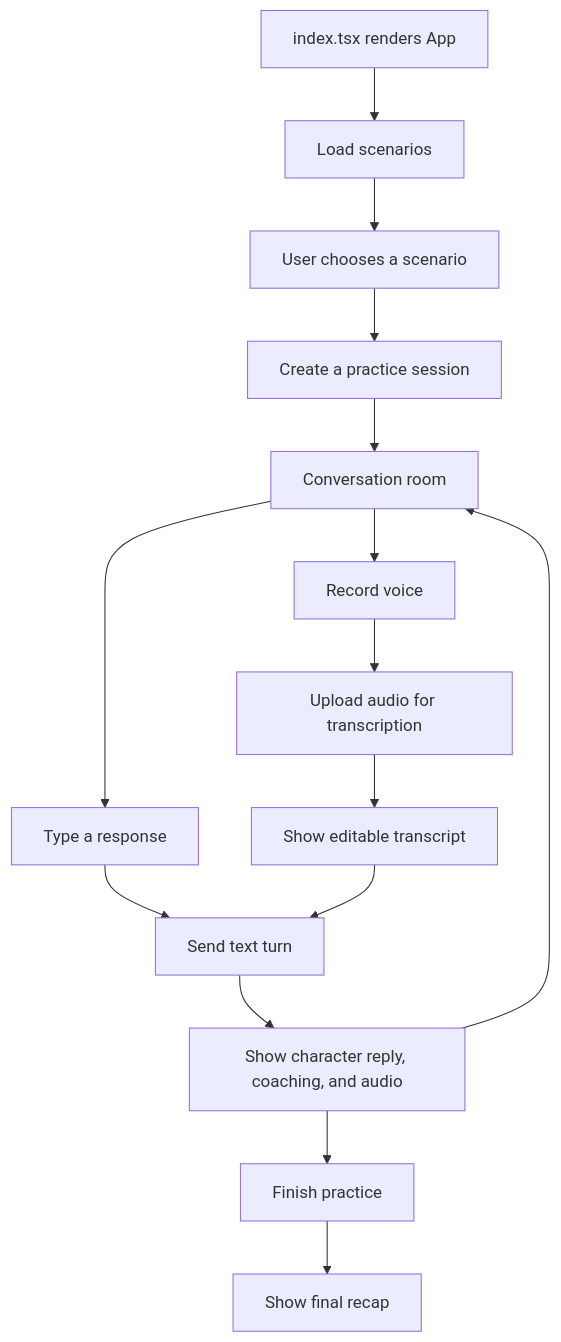
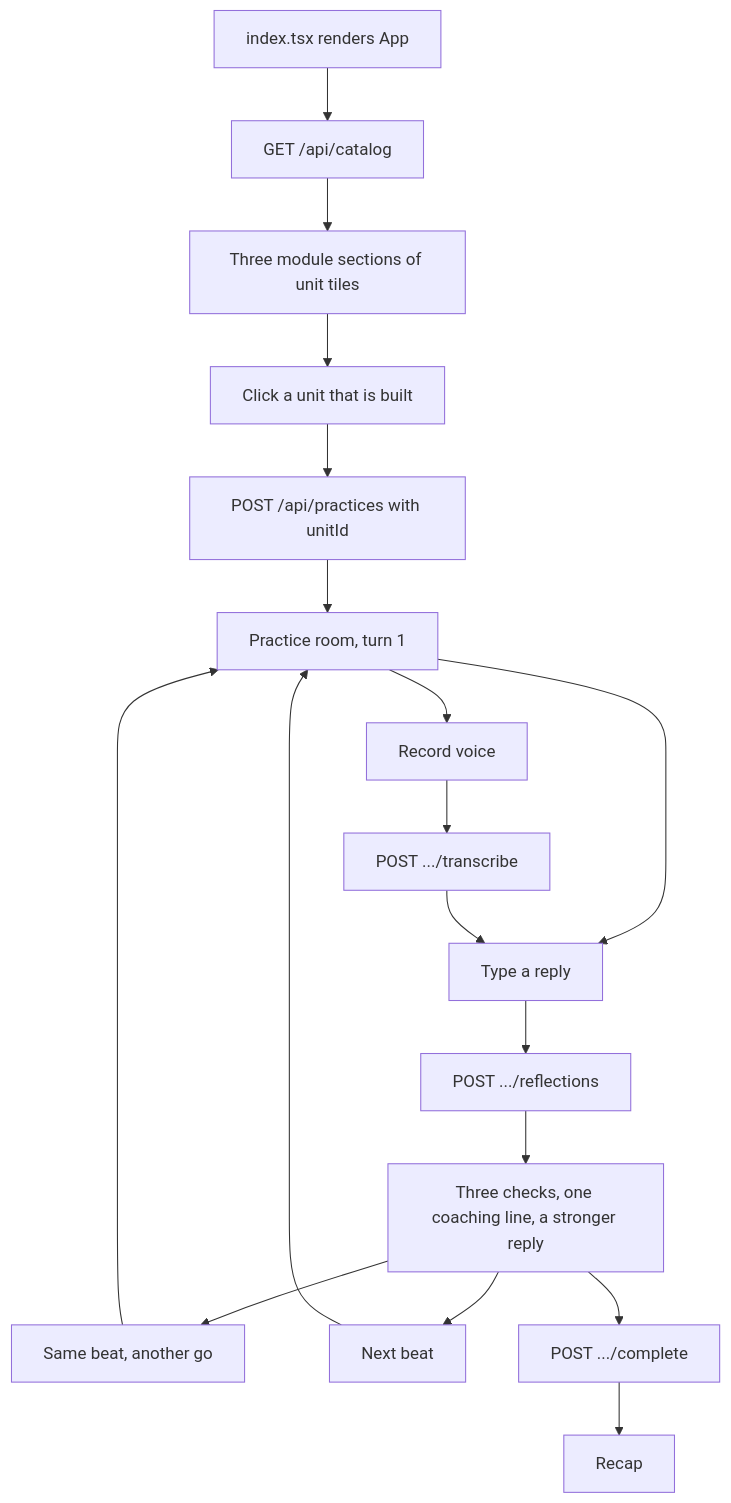
Before and after one commit to Ericliu001/kora-frontend: the diagram in README.md, drawn with Mermaid. The commit also changed other lines of this file and 29 other files, not shown here.

````diff
--- a/README.md
+++ b/README.md
@@ -89,17 +99,20 @@
 ```mermaid
 flowchart TD
-    Start[index.tsx renders App] --> Scenarios[Load scenarios]
-    Scenarios --> Choose[User chooses a scenario]
-    Choose --> Session[Create a practice session]
-    Session --> Practice[Conversation room]
-    Practice --> Type[Type a response]
-    Practice --> Speak[Record voice]
-    Speak --> Transcribe[Upload audio for transcription]
-    Transcribe --> Edit[Show editable transcript]
-    Type --> Send[Send text turn]
-    Edit --> Send
-    Send --> Reply[Show character reply, coaching, and audio]
-    Reply --> Practice
-    Reply --> Finish[Finish practice]
-    Finish --> Recap[Show final recap]
+    Start[index.tsx renders App] --> Catalog[GET /api/catalog]
+    Catalog --> Grid[Three module sections of unit tiles]
+    Grid --> Click[Click a unit that is built]
+    Click --> Create[POST /api/practices with unitId]
+    Create --> Room[Practice room, turn 1]
+    Room --> Type[Type a reply]
+    Room --> Speak[Record voice]
+    Speak --> Transcribe[POST .../transcribe]
+    Transcribe --> Type
+    Type --> Send[POST .../reflections]
+    Send --> Feedback[Three checks, one coaching line, a stronger reply]
+    Feedback --> Retry[Same beat, another go]
+    Retry --> Room
+    Feedback --> Next[Next beat]
+    Next --> Room
+    Feedback --> Finish[POST .../complete]
+    Finish --> Recap[Recap]
 ```
````
